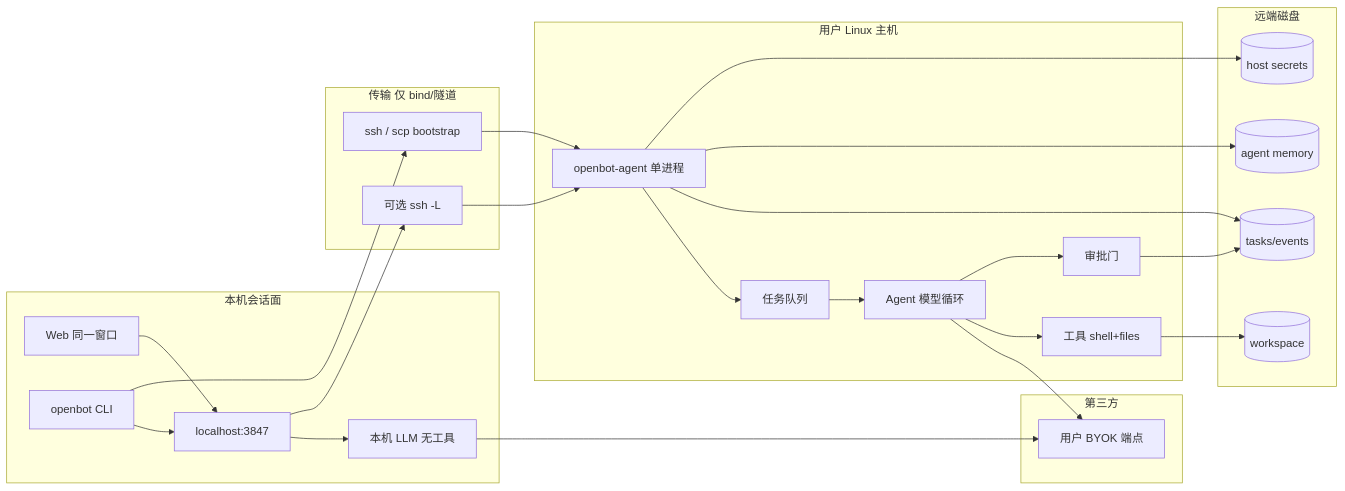
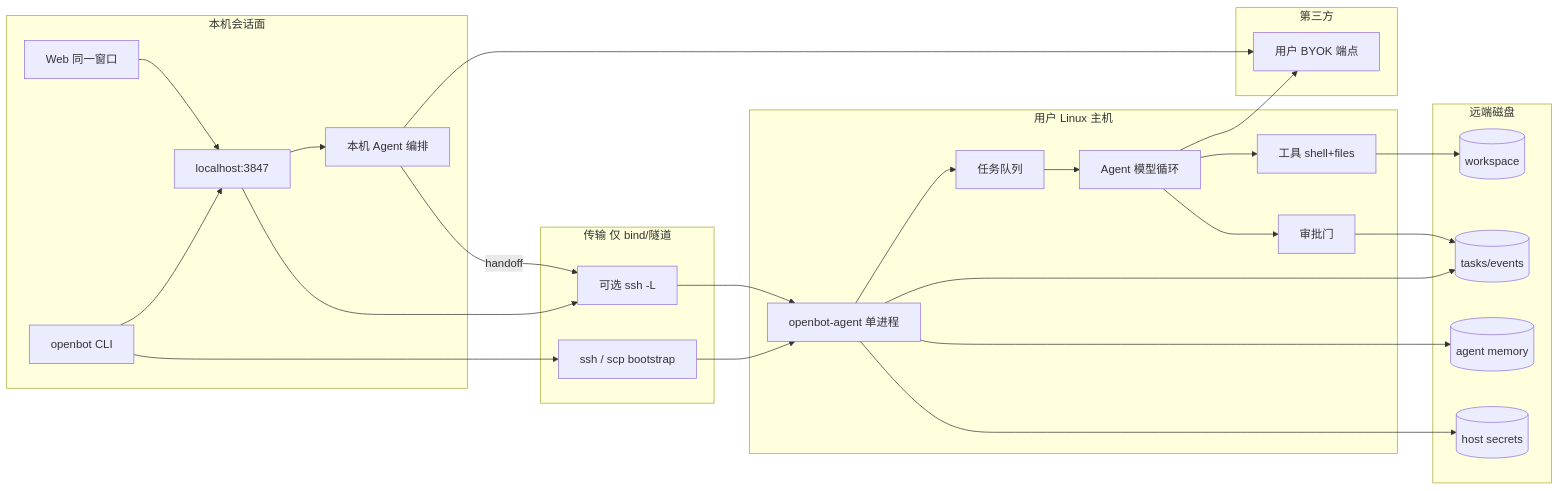
Before and after one commit to BiuBiuHu/OpenBot: the first of 4 diagrams in docs/openbot-mvp/03-architecture/architecture.md, drawn with Mermaid. The commit also changed other lines of this file and 11 other files, not shown here.

````diff
--- a/docs/openbot-mvp/03-architecture/architecture.md
+++ b/docs/openbot-mvp/03-architecture/architecture.md
@@ -89,47 +117,48 @@
 ```mermaid
 flowchart LR
   subgraph ClientLayer[本机会话面]
     UI[Web 同一窗口]
     CLI[openbot CLI]
     LocalAPI[localhost:3847]
-    LocalLLM[本机 LLM 无工具]
+    LocalA[本机 Agent 编排]
   end
   subgraph Transport[传输 仅 bind/隧道]
     SSH[ssh / scp bootstrap]
     Tun[可选 ssh -L]
   end
   subgraph AgentHost[用户 Linux 主机]
     A[openbot-agent 单进程]
     Q[任务队列]
     Loop[Agent 模型循环]
     Tools[工具 shell+files]
     Gate[审批门]
   end
   subgraph Disk[远端磁盘]
     Tasks[(tasks/events)]
     WS[(workspace)]
     Mem[(agent memory)]
     Sec[(host secrets)]
   end
   subgraph ThirdParty[第三方]
     LLM[用户 BYOK 端点]
   end
   UI --> LocalAPI
   CLI --> LocalAPI
-  LocalAPI --> LocalLLM
-  LocalLLM --> LLM
+  LocalAPI --> LocalA
+  LocalA --> LLM
+  LocalA -->|"handoff"| Tun
   CLI --> SSH
   LocalAPI --> Tun
   SSH --> A
   Tun --> A
   A --> Q
   Q --> Loop
   Loop --> LLM
   Loop --> Tools
   Loop --> Gate
   Gate --> Tasks
   Tools --> WS
   A --> Tasks
   A --> Mem
   A --> Sec
 ```
````
